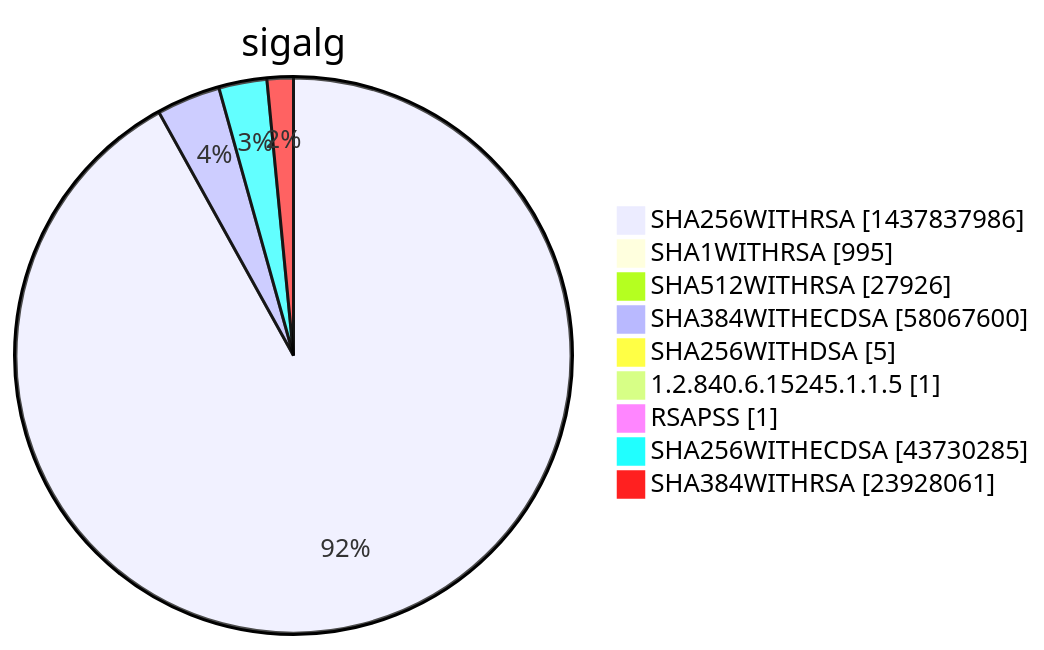
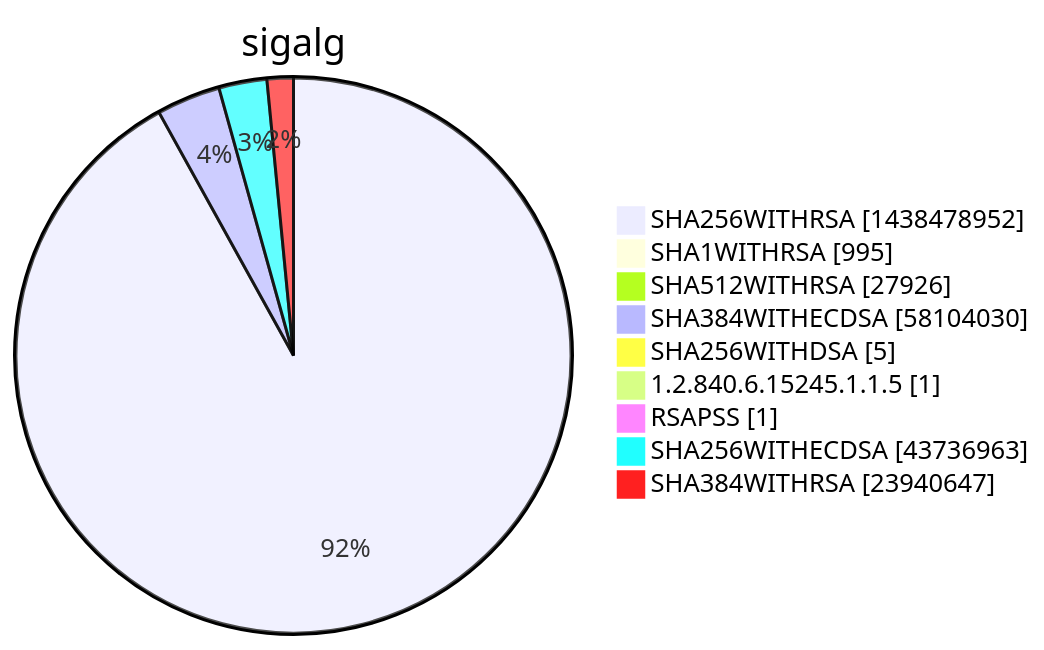
Diagram 15 of 15 in xenon2022/README.md (christiankrug/ctmonitor_visualization), drawn with Mermaid before and after one commit. The commit also changed other lines of this file, not shown here.

````diff
--- a/xenon2022/README.md
+++ b/xenon2022/README.md
@@ -5861,13 +5861,13 @@
 ```mermaid
 pie showData
 title sigalg
-"SHA256WITHRSA" :1437837986
+"SHA256WITHRSA" :1438478952
 "SHA1WITHRSA" :995
 "SHA512WITHRSA" :27926
-"SHA384WITHECDSA" :58067600
+"SHA384WITHECDSA" :58104030
 "SHA256WITHDSA" :5
 "1.2.840.6.15245.1.1.5" :1
 "RSAPSS" :1
-"SHA256WITHECDSA" :43730285
-"SHA384WITHRSA" :23928061
+"SHA256WITHECDSA" :43736963
+"SHA384WITHRSA" :23940647
 ```
````
